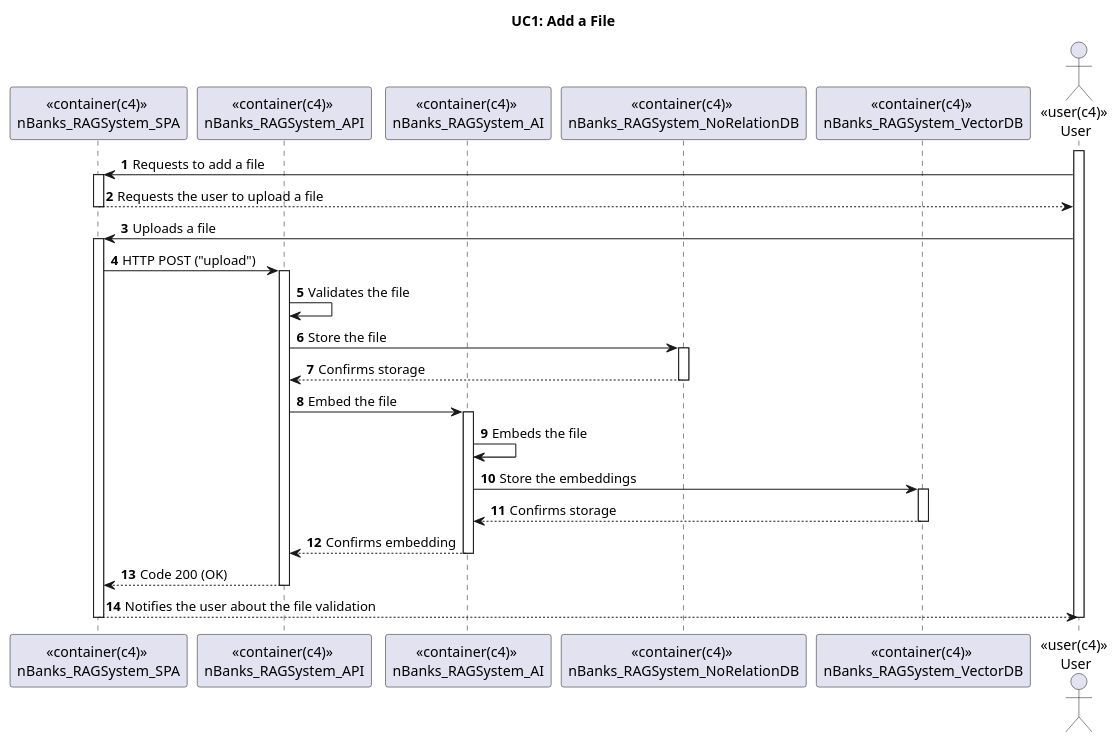
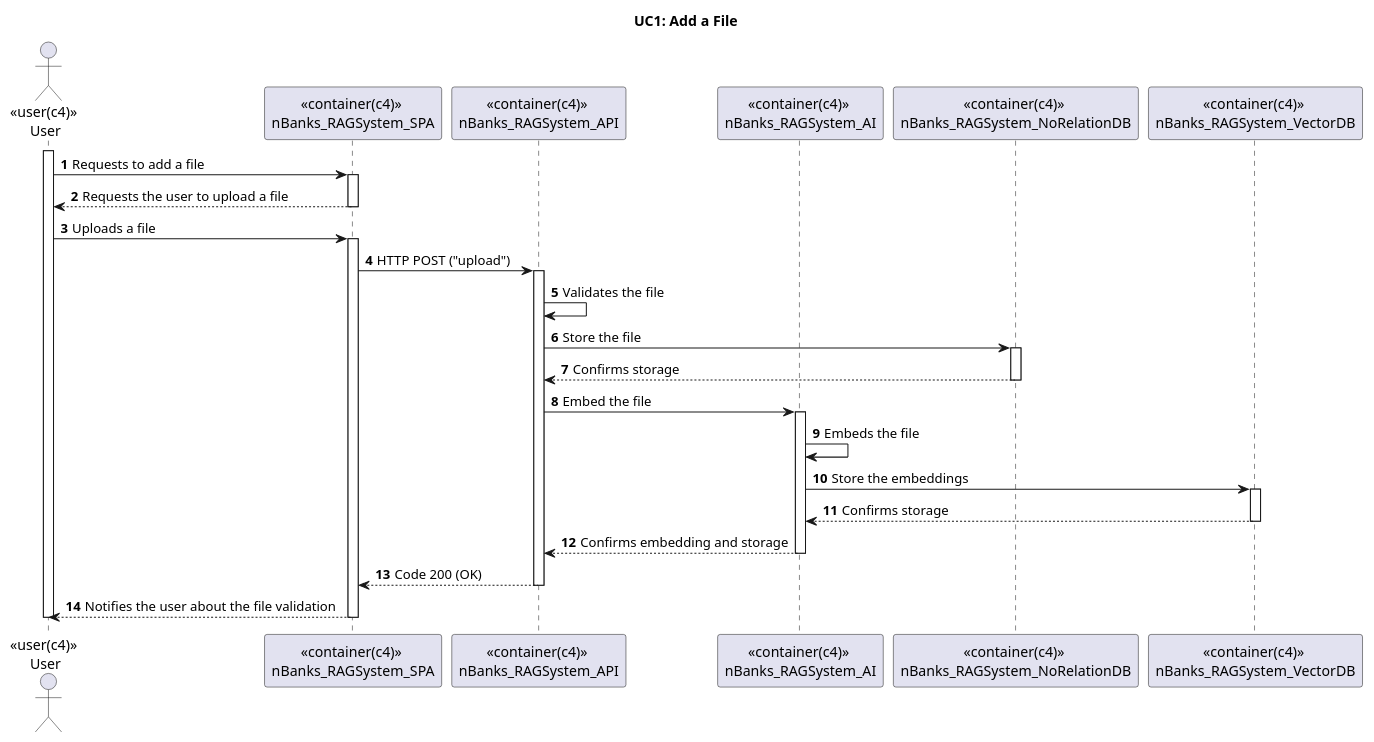
The diagram in UC1/Level2.puml (Ana6363/RAGSystem_Wiki), drawn with PlantUML before and after one commit. The commit also changed 1 other file, not shown here.

```diff
--- a/UC1/Level2.puml
+++ b/UC1/Level2.puml
@@ -1,44 +1,44 @@
 @startuml
 
 title UC1: Add a File
 
 
 autonumber
 
+actor "<<user(c4)>> \nUser" as user
 participant "<<container(c4)>> \nnBanks_RAGSystem_SPA" as sys
 participant "<<container(c4)>> \nnBanks_RAGSystem_API" as api
 participant "<<container(c4)>> \nnBanks_RAGSystem_AI" as ai
 participant "<<container(c4)>> \nnBanks_RAGSystem_NoRelationDB" as db1
 participant "<<container(c4)>> \nnBanks_RAGSystem_VectorDB" as db2
-actor "<<user(c4)>> \nUser" as user
 
 activate user
 user -> sys : Requests to add a file
 activate sys
 sys --> user: Requests the user to upload a file
 deactivate sys
 user -> sys : Uploads a file
 activate sys
 sys -> api: HTTP POST ("upload")
 activate api
 api -> api: Validates the file
 api -> db1: Store the file
 activate db1
 db1 --> api: Confirms storage
 deactivate db1
 api -> ai: Embed the file
 activate ai
 ai -> ai: Embeds the file
 ai -> db2: Store the embeddings
 activate db2
 db2 --> ai: Confirms storage
 deactivate db2
-ai --> api: Confirms embedding
+ai --> api: Confirms embedding and storage
 deactivate ai
 api --> sys: Code 200 (OK)
 deactivate api
 sys --> user: Notifies the user about the file validation
 deactivate sys
 deactivate user
 
 @enduml
```
